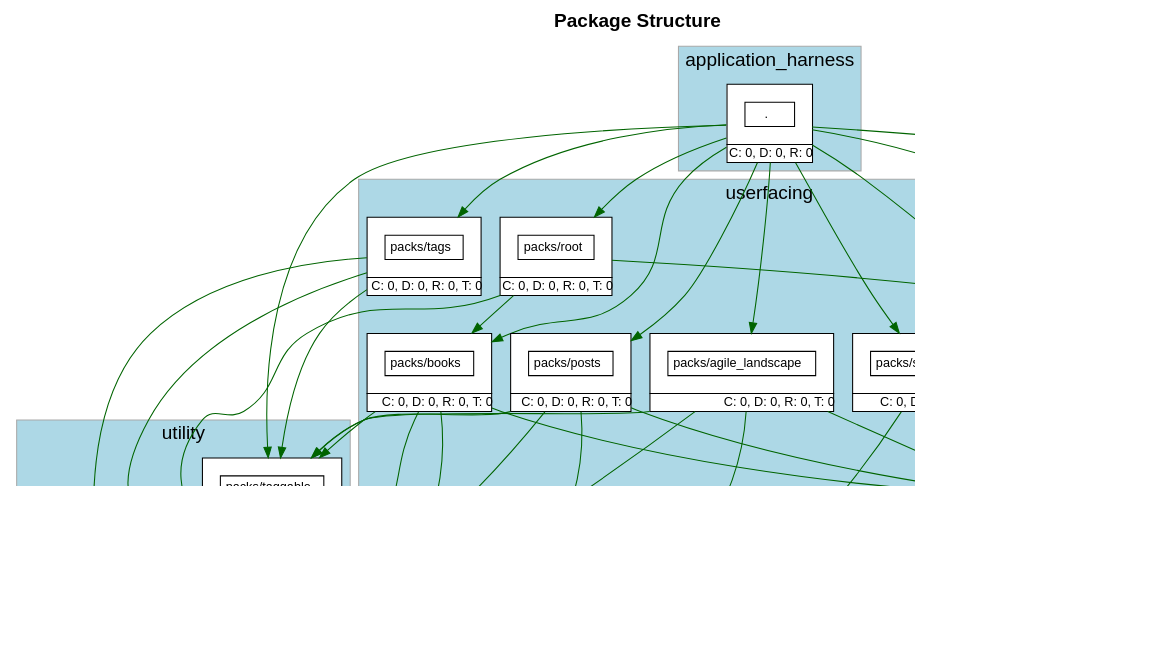
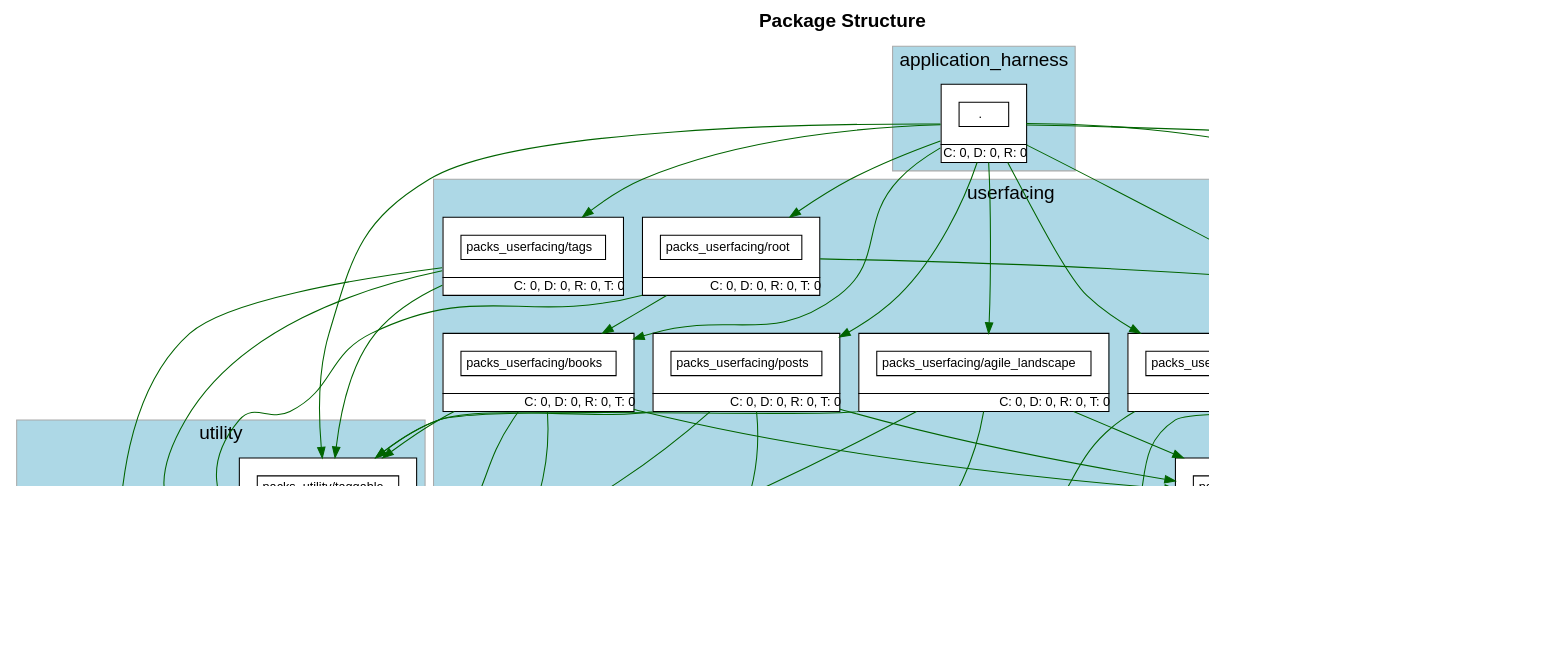
One commit to shageman/stephanhagemann.com changed the diagram in packs.dot. Above: the diagram before and after it, drawn with Graphviz. The commit also changed 19 other files, not shown here.

```diff
--- a/packs.dot
+++ b/packs.dot
@@ -46,12 +46,12 @@
       style=filled
         label="userfacing"
         cluster=true
-        rank = 1        "packs/agile_landscape" [
+        rank = 1        "packs_userfacing/agile_landscape" [
             fontsize=12.0
             label= <
                 <table border='0' cellborder='1' cellspacing='0' cellpadding='16'><tr><td>
                   <table border='0' cellborder='1' cellspacing='0' cellpadding='4'>
-                    <tr> <td port='private'> packs/agile_landscape </td> </tr>
+                    <tr> <td port='private'> packs_userfacing/agile_landscape </td> </tr>
                   </table>
                   </td></tr>
                   <tr><td CELLPADDING='1' ALIGN='RIGHT'>C: 0, D: 0, R: 0, T: 0</td></tr>
@@ -59,12 +59,12 @@
               >
           ]
         
-        "packs/books" [
+        "packs_userfacing/books" [
             fontsize=12.0
             label= <
                 <table border='0' cellborder='1' cellspacing='0' cellpadding='16'><tr><td>
                   <table border='0' cellborder='1' cellspacing='0' cellpadding='4'>
-                    <tr> <td port='private'> packs/books </td> </tr>
+                    <tr> <td port='private'> packs_userfacing/books </td> </tr>
                   </table>
                   </td></tr>
                   <tr><td CELLPADDING='1' ALIGN='RIGHT'>C: 0, D: 0, R: 0, T: 0</td></tr>
@@ -72,12 +72,12 @@
               >
           ]
         
-        "packs/contact" [
+        "packs_userfacing/contact" [
             fontsize=12.0
             label= <
                 <table border='0' cellborder='1' cellspacing='0' cellpadding='16'><tr><td>
                   <table border='0' cellborder='1' cellspacing='0' cellpadding='4'>
-                    <tr> <td port='private'> packs/contact </td> </tr>
+                    <tr> <td port='private'> packs_userfacing/contact </td> </tr>
                   </table>
                   </td></tr>
                   <tr><td CELLPADDING='1' ALIGN='RIGHT'>C: 0, D: 0, R: 0, T: 0</td></tr>
@@ -85,12 +85,12 @@
               >
           ]
         
-        "packs/posts" [
+        "packs_userfacing/posts" [
             fontsize=12.0
             label= <
                 <table border='0' cellborder='1' cellspacing='0' cellpadding='16'><tr><td>
                   <table border='0' cellborder='1' cellspacing='0' cellpadding='4'>
-                    <tr> <td port='private'> packs/posts </td> </tr>
+                    <tr> <td port='private'> packs_userfacing/posts </td> </tr>
                   </table>
                   </td></tr>
                   <tr><td CELLPADDING='1' ALIGN='RIGHT'>C: 0, D: 0, R: 0, T: 0</td></tr>
@@ -98,12 +98,12 @@
               >
           ]
         
-        "packs/root" [
+        "packs_userfacing/root" [
             fontsize=12.0
             label= <
                 <table border='0' cellborder='1' cellspacing='0' cellpadding='16'><tr><td>
                   <table border='0' cellborder='1' cellspacing='0' cellpadding='4'>
-                    <tr> <td port='private'> packs/root </td> </tr>
+                    <tr> <td port='private'> packs_userfacing/root </td> </tr>
                   </table>
                   </td></tr>
                   <tr><td CELLPADDING='1' ALIGN='RIGHT'>C: 0, D: 0, R: 0, T: 0</td></tr>
@@ -111,12 +111,12 @@
               >
           ]
         
-        "packs/services" [
+        "packs_userfacing/services" [
             fontsize=12.0
             label= <
                 <table border='0' cellborder='1' cellspacing='0' cellpadding='16'><tr><td>
                   <table border='0' cellborder='1' cellspacing='0' cellpadding='4'>
-                    <tr> <td port='private'> packs/services </td> </tr>
+                    <tr> <td port='private'> packs_userfacing/services </td> </tr>
                   </table>
                   </td></tr>
                   <tr><td CELLPADDING='1' ALIGN='RIGHT'>C: 0, D: 0, R: 0, T: 0</td></tr>
@@ -124,12 +124,12 @@
               >
           ]
         
-        "packs/speaking" [
+        "packs_userfacing/speaking" [
             fontsize=12.0
             label= <
                 <table border='0' cellborder='1' cellspacing='0' cellpadding='16'><tr><td>
                   <table border='0' cellborder='1' cellspacing='0' cellpadding='4'>
-                    <tr> <td port='private'> packs/speaking </td> </tr>
+                    <tr> <td port='private'> packs_userfacing/speaking </td> </tr>
                   </table>
                   </td></tr>
                   <tr><td CELLPADDING='1' ALIGN='RIGHT'>C: 0, D: 0, R: 0, T: 0</td></tr>
@@ -137,12 +137,12 @@
               >
           ]
         
-        "packs/tags" [
+        "packs_userfacing/tags" [
             fontsize=12.0
             label= <
                 <table border='0' cellborder='1' cellspacing='0' cellpadding='16'><tr><td>
                   <table border='0' cellborder='1' cellspacing='0' cellpadding='4'>
-                    <tr> <td port='private'> packs/tags </td> </tr>
+                    <tr> <td port='private'> packs_userfacing/tags </td> </tr>
                   </table>
                   </td></tr>
                   <tr><td CELLPADDING='1' ALIGN='RIGHT'>C: 0, D: 0, R: 0, T: 0</td></tr>
@@ -151,14 +151,14 @@
           ]
         
     }
-              "." -> "packs/agile_landscape" [ style=invis ]
-              "." -> "packs/books" [ style=invis ]
-              "." -> "packs/contact" [ style=invis ]
-              "." -> "packs/posts" [ style=invis ]
-              "." -> "packs/root" [ style=invis ]
-              "." -> "packs/services" [ style=invis ]
-              "." -> "packs/speaking" [ style=invis ]
-              "." -> "packs/tags" [ style=invis ]
+              "." -> "packs_userfacing/agile_landscape" [ style=invis ]
+              "." -> "packs_userfacing/books" [ style=invis ]
+              "." -> "packs_userfacing/contact" [ style=invis ]
+              "." -> "packs_userfacing/posts" [ style=invis ]
+              "." -> "packs_userfacing/root" [ style=invis ]
+              "." -> "packs_userfacing/services" [ style=invis ]
+              "." -> "packs_userfacing/speaking" [ style=invis ]
+              "." -> "packs_userfacing/tags" [ style=invis ]
     subgraph utility {
       shape=box
       color=darkgrey
@@ -166,12 +166,12 @@
       style=filled
         label="utility"
         cluster=true
-        rank = 2        "packs/backlinks" [
+        rank = 2        "packs_utility/backlinks" [
             fontsize=12.0
             label= <
                 <table border='0' cellborder='1' cellspacing='0' cellpadding='16'><tr><td>
                   <table border='0' cellborder='1' cellspacing='0' cellpadding='4'>
-                    <tr> <td port='private'> packs/backlinks </td> </tr>
+                    <tr> <td port='private'> packs_utility/backlinks </td> </tr>
                   </table>
                   </td></tr>
                   <tr><td CELLPADDING='1' ALIGN='RIGHT'>C: 0, D: 0, R: 0, T: 0</td></tr>
@@ -179,12 +179,12 @@
               >
           ]
         
-        "packs/rails_shims" [
+        "packs_utility/rails_shims" [
             fontsize=12.0
             label= <
                 <table border='0' cellborder='1' cellspacing='0' cellpadding='16'><tr><td>
                   <table border='0' cellborder='1' cellspacing='0' cellpadding='4'>
-                    <tr> <td port='private'> packs/rails_shims </td> </tr>
+                    <tr> <td port='private'> packs_utility/rails_shims </td> </tr>
                   </table>
                   </td></tr>
                   <tr><td CELLPADDING='1' ALIGN='RIGHT'>D: 0, T: 0</td></tr>
@@ -192,12 +192,12 @@
               >
           ]
         
-        "packs/taggable" [
+        "packs_utility/taggable" [
             fontsize=12.0
             label= <
                 <table border='0' cellborder='1' cellspacing='0' cellpadding='16'><tr><td>
                   <table border='0' cellborder='1' cellspacing='0' cellpadding='4'>
-                    <tr> <td port='private'> packs/taggable </td> </tr>
+                    <tr> <td port='private'> packs_utility/taggable </td> </tr>
                   </table>
                   </td></tr>
                   <tr><td CELLPADDING='1' ALIGN='RIGHT'>D: 0, R: 0, T: 0</td></tr>
@@ -206,30 +206,30 @@
           ]
         
     }
-              "packs/agile_landscape" -> "packs/backlinks" [ style=invis ]
-              "packs/books" -> "packs/backlinks" [ style=invis ]
-              "packs/contact" -> "packs/backlinks" [ style=invis ]
-              "packs/posts" -> "packs/backlinks" [ style=invis ]
-              "packs/root" -> "packs/backlinks" [ style=invis ]
-              "packs/services" -> "packs/backlinks" [ style=invis ]
-              "packs/speaking" -> "packs/backlinks" [ style=invis ]
-              "packs/tags" -> "packs/backlinks" [ style=invis ]
-              "packs/agile_landscape" -> "packs/rails_shims" [ style=invis ]
-              "packs/books" -> "packs/rails_shims" [ style=invis ]
-              "packs/contact" -> "packs/rails_shims" [ style=invis ]
-              "packs/posts" -> "packs/rails_shims" [ style=invis ]
-              "packs/root" -> "packs/rails_shims" [ style=invis ]
-              "packs/services" -> "packs/rails_shims" [ style=invis ]
-              "packs/speaking" -> "packs/rails_shims" [ style=invis ]
-              "packs/tags" -> "packs/rails_shims" [ style=invis ]
-              "packs/agile_landscape" -> "packs/taggable" [ style=invis ]
-              "packs/books" -> "packs/taggable" [ style=invis ]
-              "packs/contact" -> "packs/taggable" [ style=invis ]
-              "packs/posts" -> "packs/taggable" [ style=invis ]
-              "packs/root" -> "packs/taggable" [ style=invis ]
-              "packs/services" -> "packs/taggable" [ style=invis ]
-              "packs/speaking" -> "packs/taggable" [ style=invis ]
-              "packs/tags" -> "packs/taggable" [ style=invis ]
+              "packs_userfacing/agile_landscape" -> "packs_utility/backlinks" [ style=invis ]
+              "packs_userfacing/books" -> "packs_utility/backlinks" [ style=invis ]
+              "packs_userfacing/contact" -> "packs_utility/backlinks" [ style=invis ]
+              "packs_userfacing/posts" -> "packs_utility/backlinks" [ style=invis ]
+              "packs_userfacing/root" -> "packs_utility/backlinks" [ style=invis ]
+              "packs_userfacing/services" -> "packs_utility/backlinks" [ style=invis ]
+              "packs_userfacing/speaking" -> "packs_utility/backlinks" [ style=invis ]
+              "packs_userfacing/tags" -> "packs_utility/backlinks" [ style=invis ]
+              "packs_userfacing/agile_landscape" -> "packs_utility/rails_shims" [ style=invis ]
+              "packs_userfacing/books" -> "packs_utility/rails_shims" [ style=invis ]
+              "packs_userfacing/contact" -> "packs_utility/rails_shims" [ style=invis ]
+              "packs_userfacing/posts" -> "packs_utility/rails_shims" [ style=invis ]
+              "packs_userfacing/root" -> "packs_utility/rails_shims" [ style=invis ]
+              "packs_userfacing/services" -> "packs_utility/rails_shims" [ style=invis ]
+              "packs_userfacing/speaking" -> "packs_utility/rails_shims" [ style=invis ]
+              "packs_userfacing/tags" -> "packs_utility/rails_shims" [ style=invis ]
+              "packs_userfacing/agile_landscape" -> "packs_utility/taggable" [ style=invis ]
+              "packs_userfacing/books" -> "packs_utility/taggable" [ style=invis ]
+              "packs_userfacing/contact" -> "packs_utility/taggable" [ style=invis ]
+              "packs_userfacing/posts" -> "packs_utility/taggable" [ style=invis ]
+              "packs_userfacing/root" -> "packs_utility/taggable" [ style=invis ]
+              "packs_userfacing/services" -> "packs_utility/taggable" [ style=invis ]
+              "packs_userfacing/speaking" -> "packs_utility/taggable" [ style=invis ]
+              "packs_userfacing/tags" -> "packs_utility/taggable" [ style=invis ]
     subgraph NotInLayer {
       shape=box
       color=darkgrey
@@ -237,41 +237,41 @@
       style=filled
         cluster=false
     }
-          "." -> "packs/agile_landscape" [ color=darkgreen ]
-          "." -> "packs/books" [ color=darkgreen ]
-          "." -> "packs/contact" [ color=darkgreen ]
-          "." -> "packs/posts" [ color=darkgreen ]
-          "." -> "packs/rails_shims" [ color=darkgreen ]
-          "." -> "packs/root" [ color=darkgreen ]
-          "." -> "packs/services" [ color=darkgreen ]
-          "." -> "packs/speaking" [ color=darkgreen ]
-          "." -> "packs/taggable" [ color=darkgreen ]
-          "." -> "packs/tags" [ color=darkgreen ]
-          "packs/agile_landscape" -> "packs/backlinks" [ color=darkgreen ]
-          "packs/agile_landscape" -> "packs/contact" [ color=darkgreen ]
-          "packs/agile_landscape" -> "packs/rails_shims" [ color=darkgreen ]
-          "packs/agile_landscape" -> "packs/taggable" [ color=darkgreen ]
-          "packs/books" -> "packs/backlinks" [ color=darkgreen ]
-          "packs/books" -> "packs/contact" [ color=darkgreen ]
-          "packs/books" -> "packs/rails_shims" [ color=darkgreen ]
-          "packs/books" -> "packs/taggable" [ color=darkgreen ]
-          "packs/contact" -> "packs/rails_shims" [ color=darkgreen ]
-          "packs/posts" -> "packs/backlinks" [ color=darkgreen ]
-          "packs/posts" -> "packs/contact" [ color=darkgreen ]
-          "packs/posts" -> "packs/rails_shims" [ color=darkgreen ]
-          "packs/posts" -> "packs/taggable" [ color=darkgreen ]
-          "packs/root" -> "packs/books" [ color=darkgreen ]
-          "packs/root" -> "packs/contact" [ color=darkgreen ]
-          "packs/root" -> "packs/rails_shims" [ color=darkgreen ]
-          "packs/services" -> "packs/contact" [ color=darkgreen ]
-          "packs/services" -> "packs/rails_shims" [ color=darkgreen ]
-          "packs/speaking" -> "packs/contact" [ color=darkgreen ]
-          "packs/speaking" -> "packs/rails_shims" [ color=darkgreen ]
-          "packs/taggable" -> "packs/backlinks" [ color=darkgreen ]
-          "packs/taggable" -> "packs/rails_shims" [ color=darkgreen ]
-          "packs/tags" -> "packs/backlinks" [ color=darkgreen ]
-          "packs/tags" -> "packs/rails_shims" [ color=darkgreen ]
-          "packs/tags" -> "packs/taggable" [ color=darkgreen ]
+          "." -> "packs_userfacing/agile_landscape" [ color=darkgreen ]
+          "." -> "packs_userfacing/books" [ color=darkgreen ]
+          "." -> "packs_userfacing/contact" [ color=darkgreen ]
+          "." -> "packs_userfacing/posts" [ color=darkgreen ]
+          "." -> "packs_utility/rails_shims" [ color=darkgreen ]
+          "." -> "packs_userfacing/root" [ color=darkgreen ]
+          "." -> "packs_userfacing/services" [ color=darkgreen ]
+          "." -> "packs_userfacing/speaking" [ color=darkgreen ]
+          "." -> "packs_utility/taggable" [ color=darkgreen ]
+          "." -> "packs_userfacing/tags" [ color=darkgreen ]
+          "packs_userfacing/agile_landscape" -> "packs_userfacing/contact" [ color=darkgreen ]
+          "packs_userfacing/agile_landscape" -> "packs_utility/backlinks" [ color=darkgreen ]
+          "packs_userfacing/agile_landscape" -> "packs_utility/rails_shims" [ color=darkgreen ]
+          "packs_userfacing/agile_landscape" -> "packs_utility/taggable" [ color=darkgreen ]
+          "packs_userfacing/books" -> "packs_userfacing/contact" [ color=darkgreen ]
+          "packs_userfacing/books" -> "packs_utility/backlinks" [ color=darkgreen ]
+          "packs_userfacing/books" -> "packs_utility/rails_shims" [ color=darkgreen ]
+          "packs_userfacing/books" -> "packs_utility/taggable" [ color=darkgreen ]
+          "packs_userfacing/contact" -> "packs_utility/rails_shims" [ color=darkgreen ]
+          "packs_userfacing/posts" -> "packs_userfacing/contact" [ color=darkgreen ]
+          "packs_userfacing/posts" -> "packs_utility/backlinks" [ color=darkgreen ]
+          "packs_userfacing/posts" -> "packs_utility/rails_shims" [ color=darkgreen ]
+          "packs_userfacing/posts" -> "packs_utility/taggable" [ color=darkgreen ]
+          "packs_userfacing/root" -> "packs_userfacing/books" [ color=darkgreen ]
+          "packs_userfacing/root" -> "packs_userfacing/contact" [ color=darkgreen ]
+          "packs_userfacing/root" -> "packs_utility/rails_shims" [ color=darkgreen ]
+          "packs_userfacing/services" -> "packs_userfacing/contact" [ color=darkgreen ]
+          "packs_userfacing/services" -> "packs_utility/rails_shims" [ color=darkgreen ]
+          "packs_userfacing/speaking" -> "packs_userfacing/contact" [ color=darkgreen ]
+          "packs_userfacing/speaking" -> "packs_utility/rails_shims" [ color=darkgreen ]
+          "packs_userfacing/tags" -> "packs_utility/backlinks" [ color=darkgreen ]
+          "packs_userfacing/tags" -> "packs_utility/rails_shims" [ color=darkgreen ]
+          "packs_userfacing/tags" -> "packs_utility/taggable" [ color=darkgreen ]
+          "packs_utility/taggable" -> "packs_utility/backlinks" [ color=darkgreen ]
+          "packs_utility/taggable" -> "packs_utility/rails_shims" [ color=darkgreen ]
   subgraph cluster_teams_legend {
     fontsize=16
     label="Team Colors"
```
